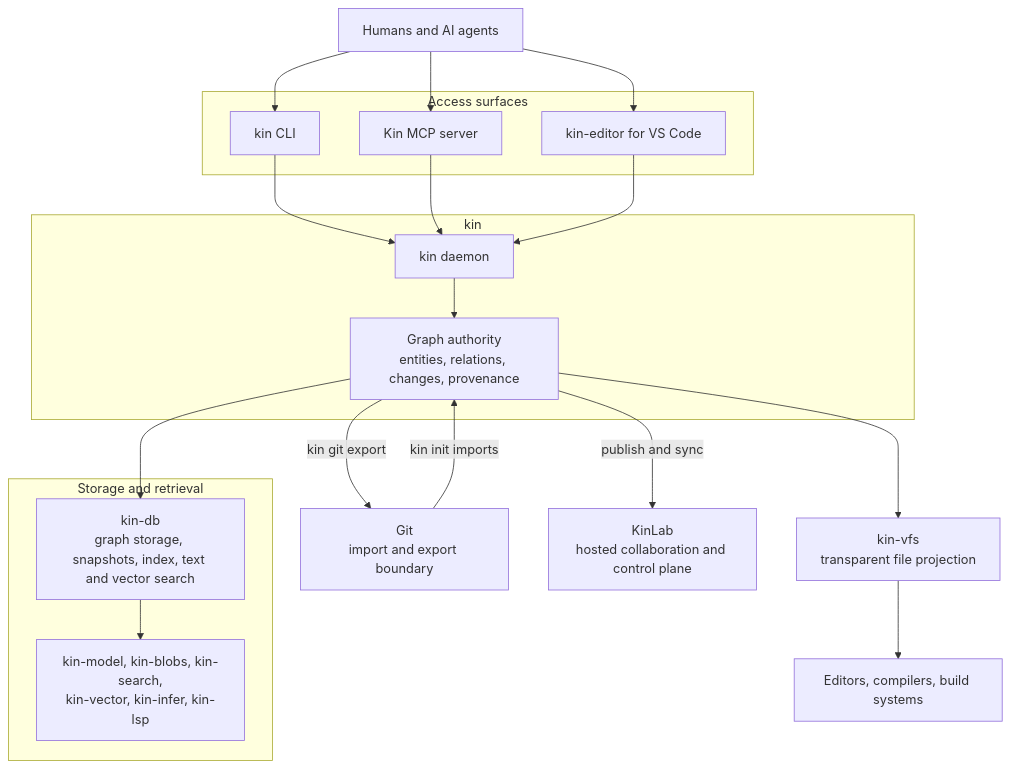
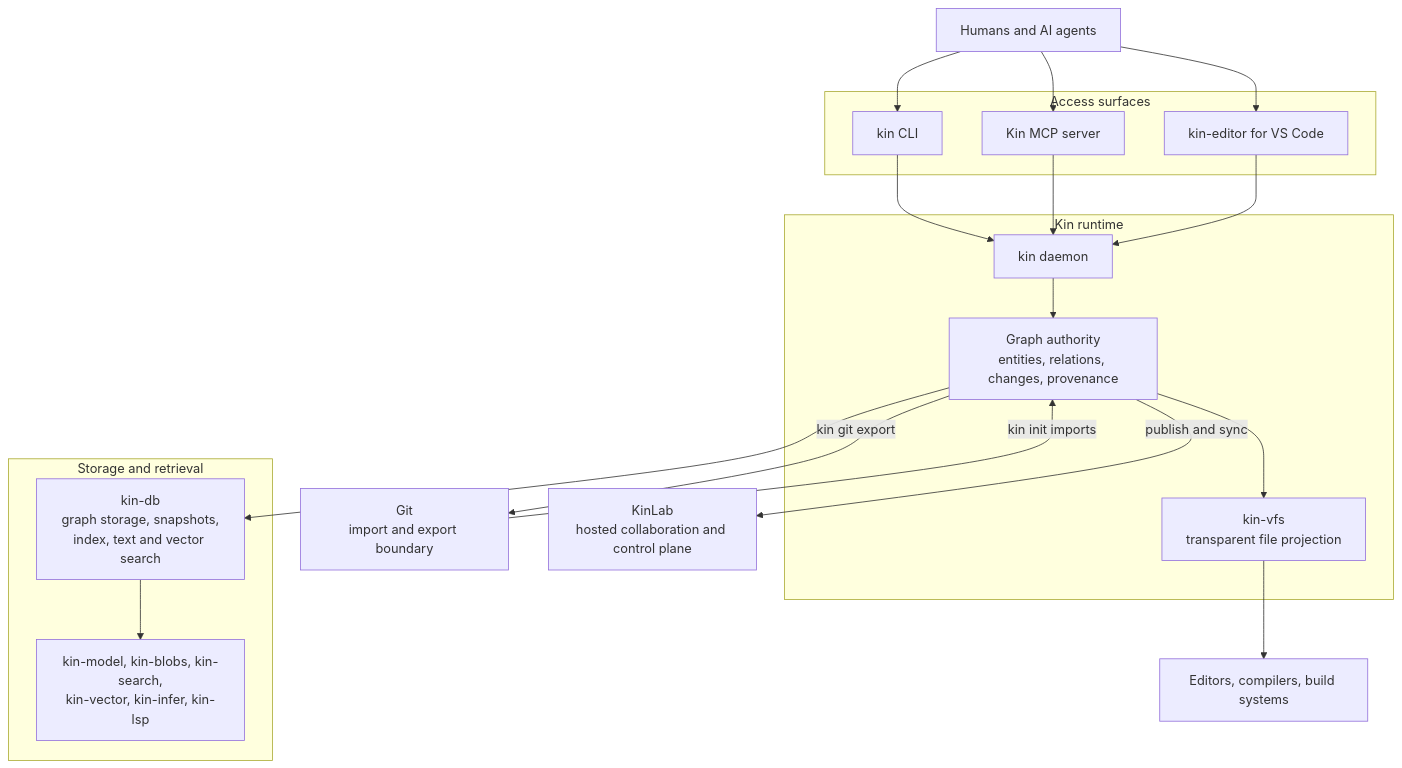
One commit to firelock-ai/kin changed the diagram in README.md. Above: the diagram before and after it, drawn with Mermaid.

Commit message:
Fold kin-vfs into the runtime cluster in the README diagram
The first layout put the daemon and graph authority alone in a cluster whose
width was set by the edges fanning out beneath it, so GitHub rendered a wide,
mostly empty box. kin-vfs is part of the same runtime rather than a peer of
Git and KinLab, so moving it inside the cluster fills that width with the node
that belongs there and leaves the interop and hosted boundaries outside it.

````diff
--- a/README.md
+++ b/README.md
@@ -77,40 +77,40 @@
 ```mermaid
 flowchart TD
     people["Humans and AI agents"]
 
     subgraph surfaces["Access surfaces"]
         cli["kin CLI"]
         mcp["Kin MCP server"]
         editor["kin-editor for VS Code"]
     end
 
-    subgraph core["kin"]
+    subgraph runtime["Kin runtime"]
         daemon["kin daemon"]
         authority["Graph authority<br/>entities, relations, changes, provenance"]
+        vfs["kin-vfs<br/>transparent file projection"]
     end
 
     subgraph layers["Storage and retrieval"]
-        db["kin-db<br/>graph storage, snapshots, index, text and vector search"]
+        db["kin-db<br/>graph storage, snapshots,<br/>index, text and vector search"]
         prims["kin-model, kin-blobs, kin-search,<br/>kin-vector, kin-infer, kin-lsp"]
     end
 
-    vfs["kin-vfs<br/>transparent file projection"]
     tools["Editors, compilers, build systems"]
     git["Git<br/>import and export boundary"]
     kinlab["KinLab<br/>hosted collaboration and control plane"]
 
     people --> cli
     people --> mcp
     people --> editor
     cli --> daemon
     mcp --> daemon
     editor --> daemon
     daemon --> authority
+    authority --> vfs
+    vfs --> tools
     authority --> db
     db --> prims
-    authority --> vfs
-    vfs --> tools
     git -->|"kin init imports"| authority
     authority -->|"kin git export"| git
     authority -->|"publish and sync"| kinlab
 ```
````
